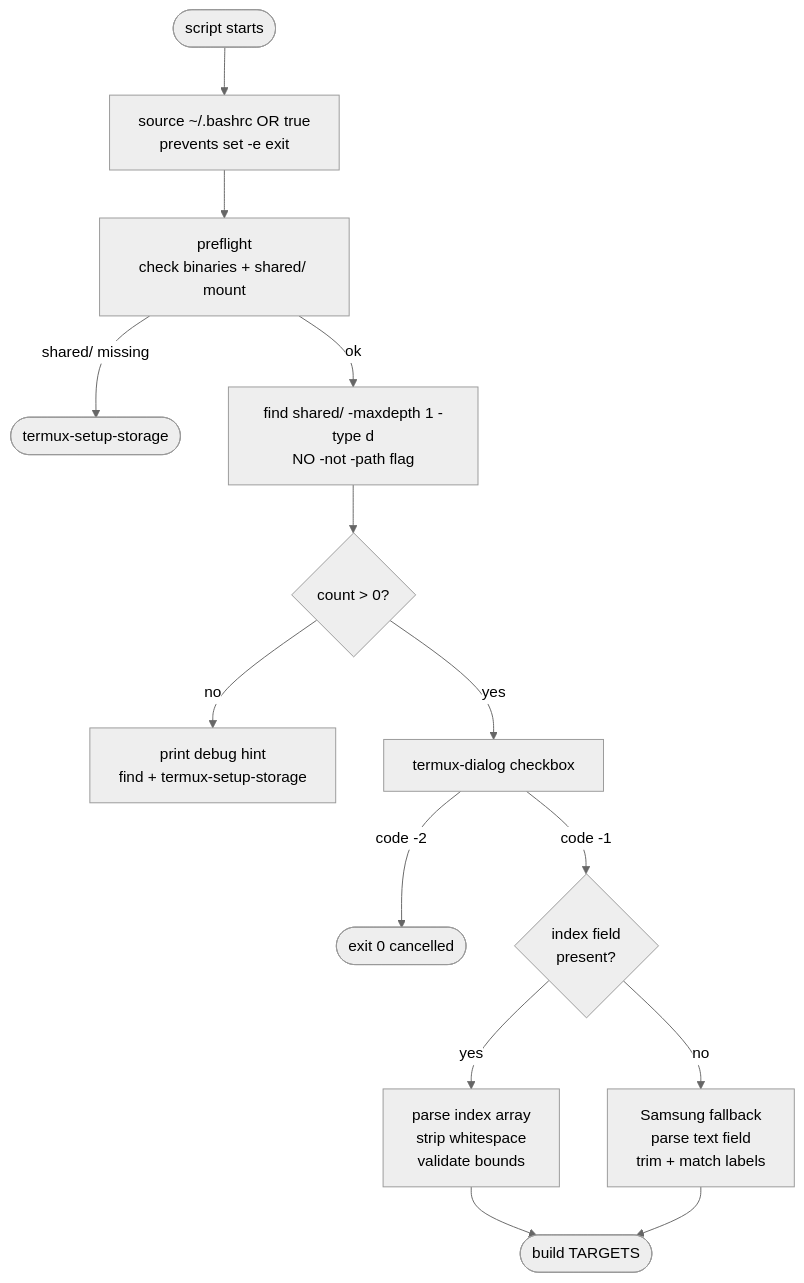
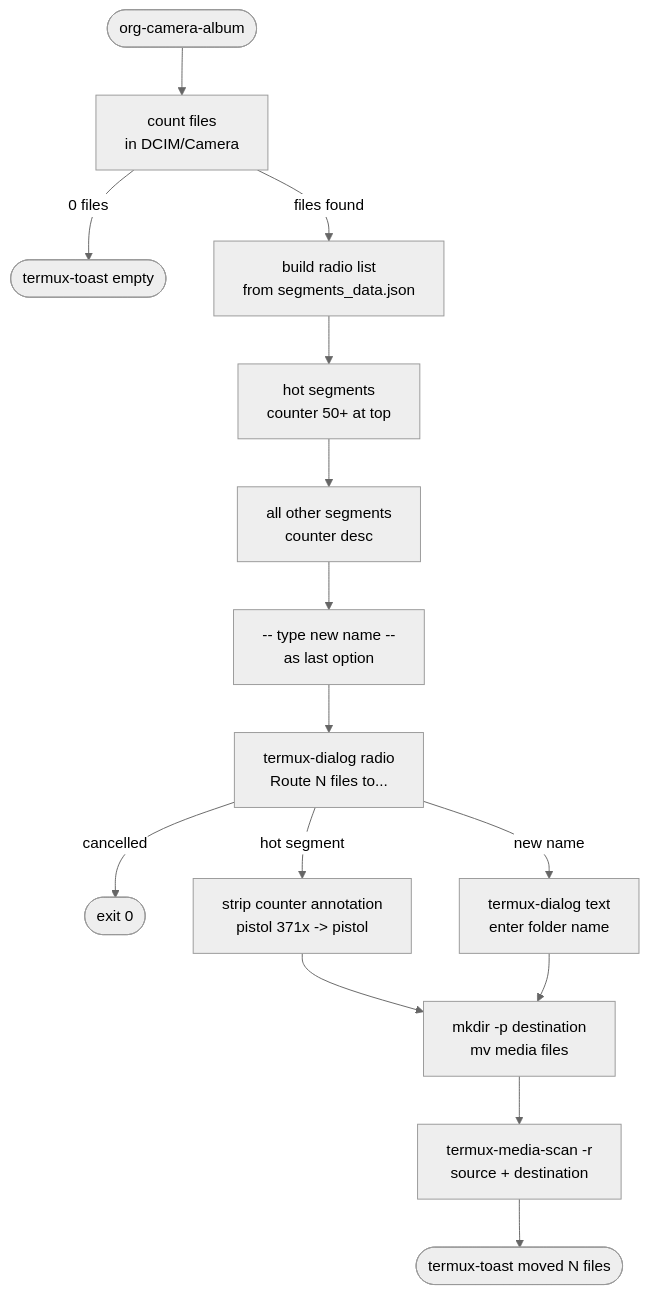
Before and after one commit to SamuelDixxon/termux-backup: the seventh of 8 diagrams in README.md, drawn with Mermaid (neutral theme). The commit also changed other lines of this file, not shown here.

````diff
--- a/README.md
+++ b/README.md
@@ -737,25 +348,26 @@
 ```mermaid
 flowchart TD
-    LAUNCH([script starts]) --> SRC[source ~/.bashrc OR true
-prevents set -e exit]
-    SRC --> PRE[preflight
-check binaries + shared/ mount]
-    PRE -->|shared/ missing| SETUP([termux-setup-storage])
-    PRE -->|ok| SCAN[find shared/ -maxdepth 1 -type d
-NO -not -path flag]
-    SCAN --> COUNT{count > 0?}
-    COUNT -->|no| DEBUG[print debug hint
-find + termux-setup-storage]
-    COUNT -->|yes| DLG[termux-dialog checkbox]
-    DLG -->|code -2| CANCEL([exit 0 cancelled])
-    DLG -->|code -1| PARSE{index field
-present?}
-    PARSE -->|yes| IDX[parse index array
-strip whitespace
-validate bounds]
-    PARSE -->|no| TEXT[Samsung fallback
-parse text field
-trim + match labels]
-    IDX --> TARGETS([build TARGETS])
-    TEXT --> TARGETS
+    LAUNCH3([org-camera-album]) --> COUNT[count files
+in DCIM/Camera]
+    COUNT -->|0 files| TOAST([termux-toast empty])
+    COUNT -->|files found| BUILDLIST[build radio list
+from segments_data.json]
+    BUILDLIST --> HOT2[hot segments
+counter 50+ at top]
+    HOT2 --> OTHER[all other segments
+counter desc]
+    OTHER --> NEW[-- type new name --
+as last option]
+    NEW --> DIALOG[termux-dialog radio
+Route N files to...]
+    DIALOG -->|cancelled| EXIT2([exit 0])
+    DIALOG -->|hot segment| STRIP[strip counter annotation
+pistol 371x -> pistol]
+    DIALOG -->|new name| TEXTINPUT[termux-dialog text
+enter folder name]
+    STRIP & TEXTINPUT --> MOVE[mkdir -p destination
+mv media files]
+    MOVE --> SCAN[termux-media-scan -r
+source + destination]
+    SCAN --> DONE2([termux-toast moved N files])
 ```
````
